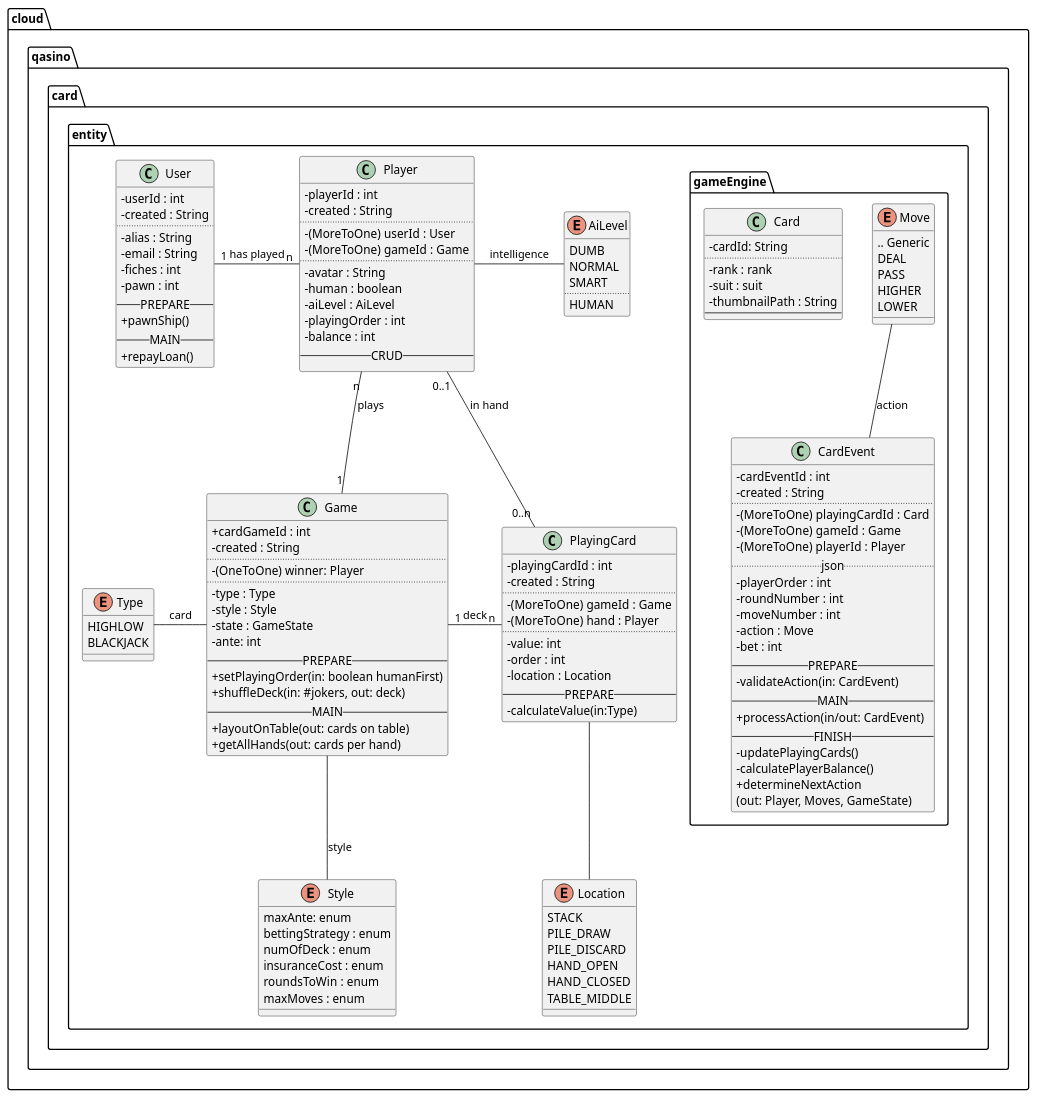
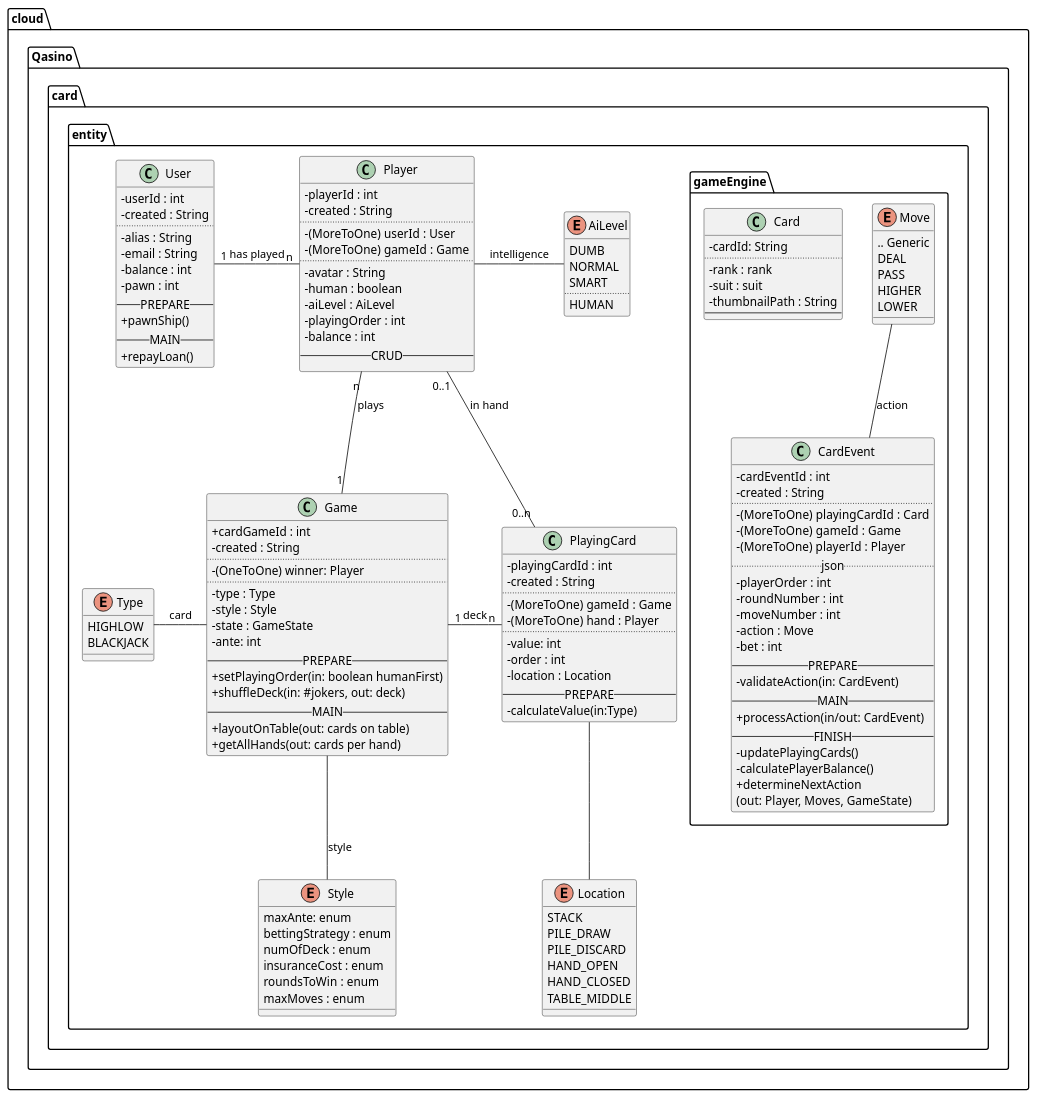
Before and after one commit to saalk/qasino: the diagram in server/src/main/java/cloud/qasino/card/entity/Qasino.puml, drawn with PlantUML. The commit also changed 59 other files, not shown here.

```diff
--- a/server/src/main/java/cloud/qasino/card/entity/Qasino.puml
+++ b/server/src/main/java/cloud/qasino/card/entity/Qasino.puml
@@ -1,151 +1,151 @@
 @startuml src/main/resources/plantuml/Casino.png
 		skinparam classAttributeIconSize 0
-		package "cloud.qasino.card" {
+		package "cloud.Qasino.card" {
 		package "entity" {
 
 class User {
 - userId : int
 - created : String
 ..
 - alias : String
 - email : String
-- fiches : int
+- balance : int
 - pawn : int
 -- PREPARE --
 + pawnShip()
 -- MAIN --
 + repayLoan()
 }
 User "1" -right- "n" Player: has played
 
 class Player {
 - playerId : int
 - created : String
 ..
 - (MoreToOne) userId : User
 - (MoreToOne) gameId : Game
 ..
 - avatar : String
 - human : boolean
 - aiLevel : AiLevel
 - playingOrder : int
 - balance : int
 -- CRUD --
 }
 Player -right- AiLevel : intelligence
 Player "n" -down- "1" Game : plays
 
 enum AiLevel {
 DUMB
 NORMAL
 SMART
 ..
 HUMAN
 }
 
 class Game {
 + cardGameId : int
 - created : String
 ..
 - (OneToOne) winner: Player
 ..
 - type : Type
 - style : Style
 - state : GameState
 - ante: int
 -- PREPARE --
 + setPlayingOrder(in: boolean humanFirst)
 + shuffleDeck(in: #jokers, out: deck)
 -- MAIN --
 + layoutOnTable(out: cards on table)
 + getAllHands(out: cards per hand)
 }
 
 Game -left- Type : card
 Game -down- Style : style
 Game "1" -right- "n" PlayingCard : deck
 
 enum Type {
 HIGHLOW
 BLACKJACK
 }
 
 enum Style {
 	maxAnte: enum
 	bettingStrategy : enum
 	numOfDeck : enum
 	insuranceCost : enum
 	roundsToWin : enum
 	maxMoves : enum
 }
 
 class PlayingCard {
 - playingCardId : int
 - created : String
 ..
 - (MoreToOne) gameId : Game
 - (MoreToOne) hand : Player
 ..
 - value: int
 - order : int
 - location : Location
 -- PREPARE --
 - calculateValue(in:Type)
 }
 PlayingCard -down- Location
 PlayingCard "0..n" -up- "0..1" Player : in hand
 
 enum Location {
 STACK
 PILE_DRAW
 PILE_DISCARD
 HAND_OPEN
 HAND_CLOSED
 TABLE_MIDDLE
 }
 
 
 package "gameEngine" {
 class Card {
 - cardId: String
 ..
 - rank : rank
 - suit : suit
 - thumbnailPath : String
 --
 }
 
 class CardEvent {
 - cardEventId : int
 - created : String
 ..
 - (MoreToOne) playingCardId : Card
 - (MoreToOne) gameId : Game
 - (MoreToOne) playerId : Player
 .. json..
 - playerOrder : int
 - roundNumber : int
 - moveNumber : int
 - action : Move
 - bet : int
 -- PREPARE --
 - validateAction(in: CardEvent)
 -- MAIN --
 + processAction(in/out: CardEvent)
 -- FINISH --
 - updatePlayingCards()
 - calculatePlayerBalance()
 + determineNextAction
 (out: Player, Moves, GameState)
 }
 CardEvent -up- Move : action
 
 enum Move {
 .. Generic
 DEAL
 PASS
 HIGHER
 LOWER
 }
 }
 @enduml
```
